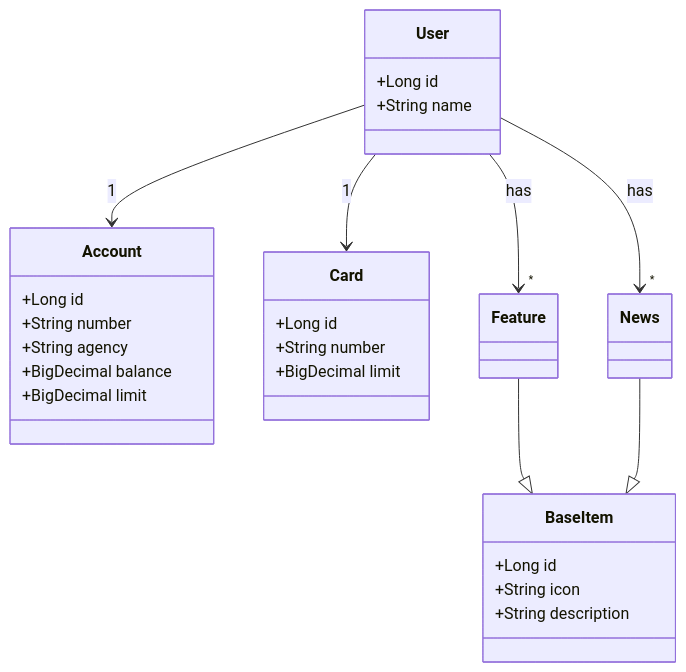
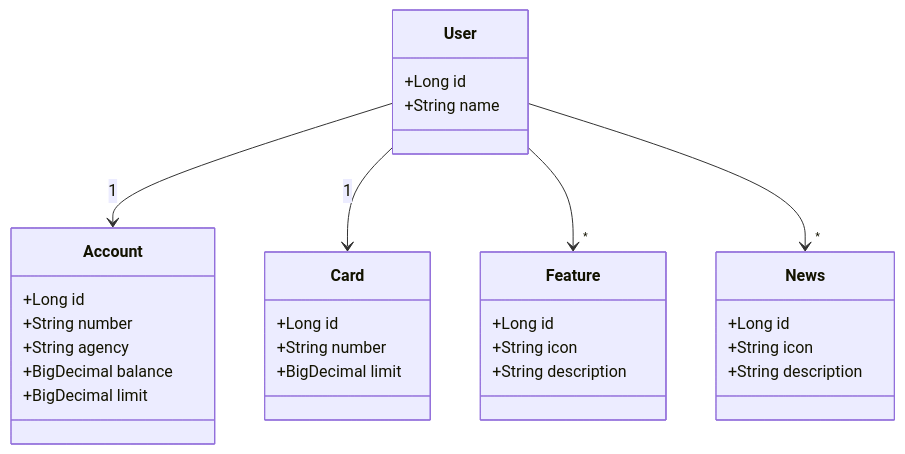
One commit to Felps-spb/Java-RESTful-API-Study changed the diagram in README.md. Above: the diagram before and after it, drawn with Mermaid. The commit also changed other lines of this file, not shown here.

````diff
--- a/README.md
+++ b/README.md
@@ -3,40 +13,40 @@
 ```mermaid
 classDiagram
     class Account {
         +Long id
         +String number
         +String agency
         +BigDecimal balance
         +BigDecimal limit
     }
     
     class Card {
         +Long id
         +String number
         +BigDecimal limit
     }
     
-    class BaseItem {
+    
+    class Feature {
         +Long id
         +String icon
         +String description
     }
     
-    class Feature {
+    class News {
+        +Long id
+        +String icon
+        +String description
     }
-    Feature --|> BaseItem
-    
-    class News {
-    }
-    News --|> BaseItem
+   
     
     class User {
         +Long id
         +String name
     }
     User --> Account : 1
     User --> Card : 1
-    User --> "*" Feature : has
-    User --> "*" News : has
+    User --> "*" Feature 
+    User --> "*" News
 
 ```
````
